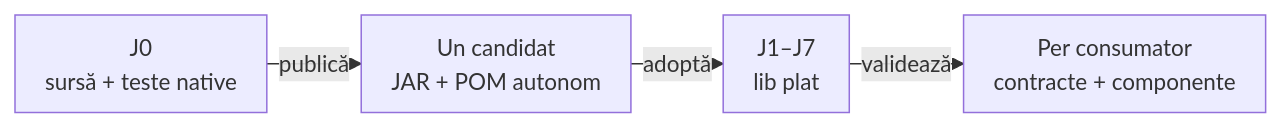
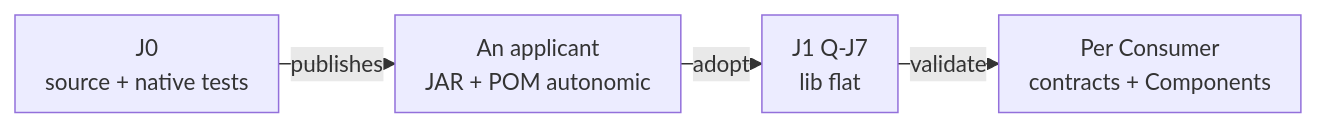
One commit to crististefanita/atf_j0 changed the diagram in docs/ATF_Platform_Libraries.md. Above: the diagram before and after it, drawn with Mermaid. The commit also changed other lines of this file and 113 other files, not shown here.

````diff
--- a/docs/ATF_Platform_Libraries.md
+++ b/docs/ATF_Platform_Libraries.md
@@ -34,7 +42,7 @@
 ```mermaid
 %%{init: {"themeVariables":{"fontSize":"15px"},"themeCSS":".nodeLabel, .nodeLabel p { font-size: 15px !important; line-height: 1.35 !important; } .edgeLabel, .edgeLabel p { font-size: 12px !important; font-weight: 400 !important; line-height: 1.2 !important; } .edgeLabel .labelBkg, .edgeLabel p { background: transparent !important; } .edgeLabel foreignObject { transform: translateY(-18px); overflow: visible; } .node rect { rx: 6px; ry: 6px; }","flowchart":{"curve":"linear","nodeSpacing":24,"rankSpacing":16,"padding":10,"diagramPadding":16}}}%%
 flowchart LR
-    Source["J0<br/>sursă + teste native"] -->|publică| Pair["Un candidat<br/>JAR + POM autonom"]
-    Pair -->|adoptă| Lib["J1–J7<br/>lib plat"]
-    Lib -->|validează| Acceptance["Per consumator<br/>contracte + componente"]
+    Source["J0 <br/>source + native tests"] -->|publishes| Pair["An applicant <br/> JAR + POM autonomic"]
+    Pair -->|adopt| Lib["J1 Q-J7 <br/>lib flat"]
+    Lib -->|validate| Acceptance["Per Consumer <br/>contracts + Components"]
 ```
````
